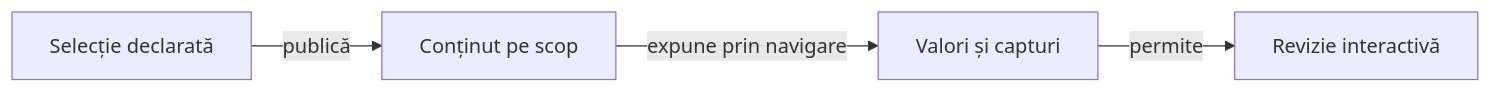
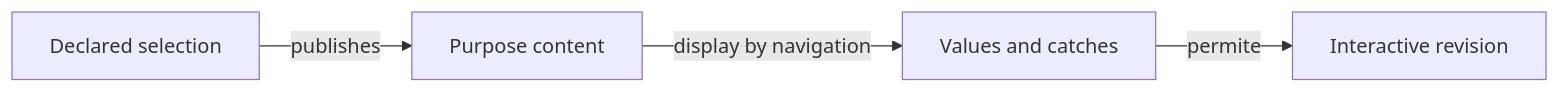
The second of 2 diagrams in docs/reporting/ATF_Presentation.md (crististefanita/atf_j4), drawn with Mermaid before and after one commit. The commit also changed other lines of this file and 122 other files, not shown here.

````diff
--- a/docs/reporting/ATF_Presentation.md
+++ b/docs/reporting/ATF_Presentation.md
@@ -84,6 +84,6 @@
 ```mermaid
 flowchart LR
-    SELECT[Selecție declarată] -->|publică| HTML[Conținut pe scop]
-    HTML -->|expune prin navigare| VISIBLE[Valori și capturi]
-    VISIBLE -->|permite| AUDIT[Revizie interactivă]
+    SELECT[Declared selection] -->|publishes| HTML[Purpose content]
+    HTML -->|display by navigation| VISIBLE[Values and catches]
+    VISIBLE -->|permite| AUDIT[Interactive revision]
 ```
````
